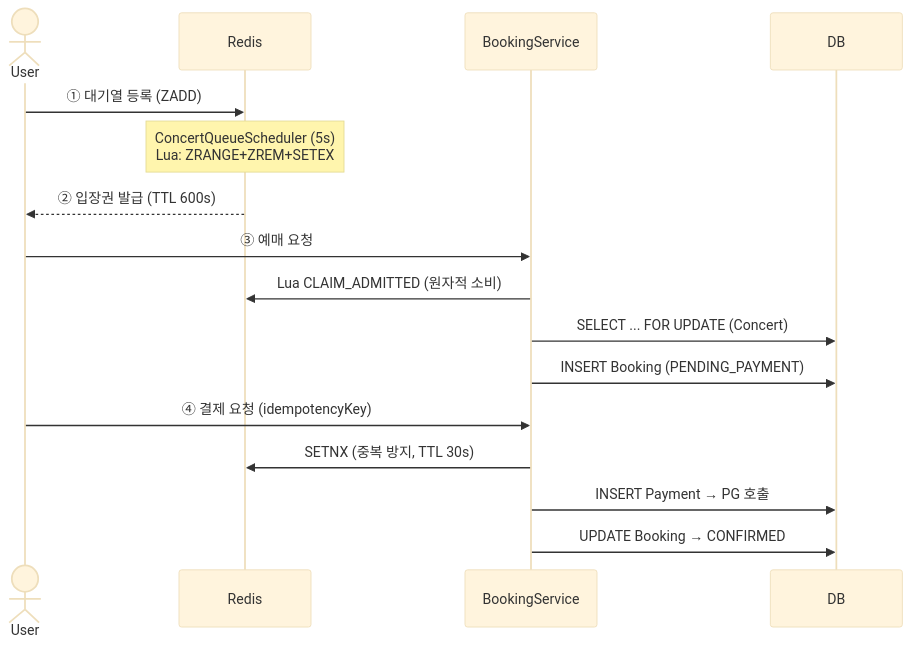
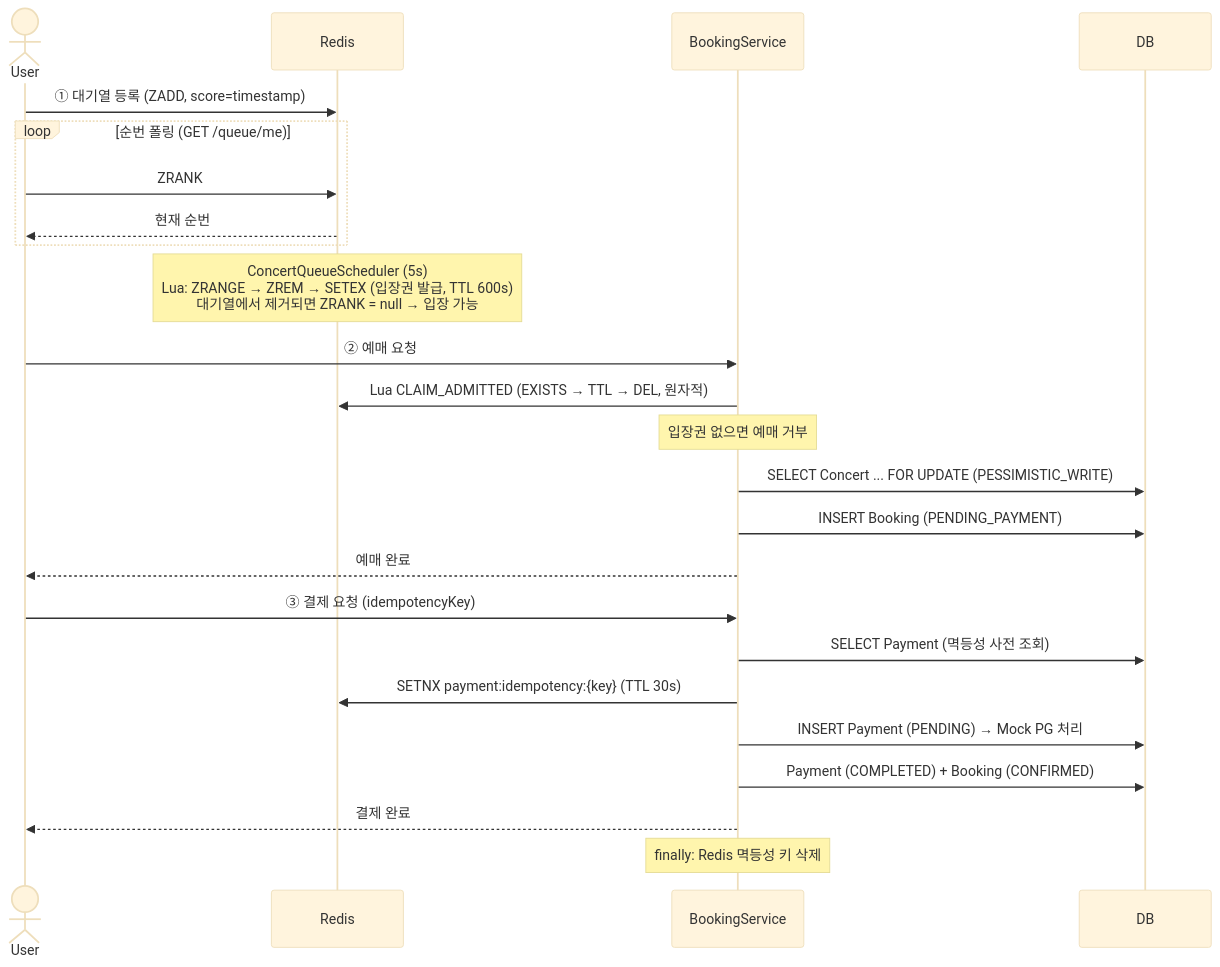
Before and after one commit to hak0622/ticketflow: the first of 2 diagrams in README.md, drawn with Mermaid (base theme). The commit also changed other lines of this file and 4 other files, not shown here.

````diff
--- a/README.md
+++ b/README.md
@@ -164,19 +101,31 @@
 ```mermaid
 sequenceDiagram
     actor User
     participant Redis
     participant BookingService
     participant DB
 
-    User->>Redis: ① 대기열 등록 (ZADD)
-    Note over Redis: ConcertQueueScheduler (5s)<br/>Lua: ZRANGE+ZREM+SETEX
-    Redis-->>User: ② 입장권 발급 (TTL 600s)
-    User->>BookingService: ③ 예매 요청
-    BookingService->>Redis: Lua CLAIM_ADMITTED (원자적 소비)
-    BookingService->>DB: SELECT ... FOR UPDATE (Concert)
+    User->>Redis: ① 대기열 등록 (ZADD, score=timestamp)
+
+    loop 순번 폴링 (GET /queue/me)
+        User->>Redis: ZRANK
+        Redis-->>User: 현재 순번
+    end
+
+    Note over Redis: ConcertQueueScheduler (5s)<br/>Lua: ZRANGE → ZREM → SETEX (입장권 발급, TTL 600s)<br/>대기열에서 제거되면 ZRANK = null → 입장 가능
+
+    User->>BookingService: ② 예매 요청
+    BookingService->>Redis: Lua CLAIM_ADMITTED (EXISTS → TTL → DEL, 원자적)
+    Note over BookingService: 입장권 없으면 예매 거부
+    BookingService->>DB: SELECT Concert ... FOR UPDATE (PESSIMISTIC_WRITE)
     BookingService->>DB: INSERT Booking (PENDING_PAYMENT)
-    User->>BookingService: ④ 결제 요청 (idempotencyKey)
-    BookingService->>Redis: SETNX (중복 방지, TTL 30s)
-    BookingService->>DB: INSERT Payment → PG 호출
-    BookingService->>DB: UPDATE Booking → CONFIRMED
+    BookingService-->>User: 예매 완료
+
+    User->>BookingService: ③ 결제 요청 (idempotencyKey)
+    BookingService->>DB: SELECT Payment (멱등성 사전 조회)
+    BookingService->>Redis: SETNX payment:idempotency:{key} (TTL 30s)
+    BookingService->>DB: INSERT Payment (PENDING) → Mock PG 처리
+    BookingService->>DB: Payment (COMPLETED) + Booking (CONFIRMED)
+    BookingService-->>User: 결제 완료
+    Note over BookingService: finally: Redis 멱등성 키 삭제
 ```
````
